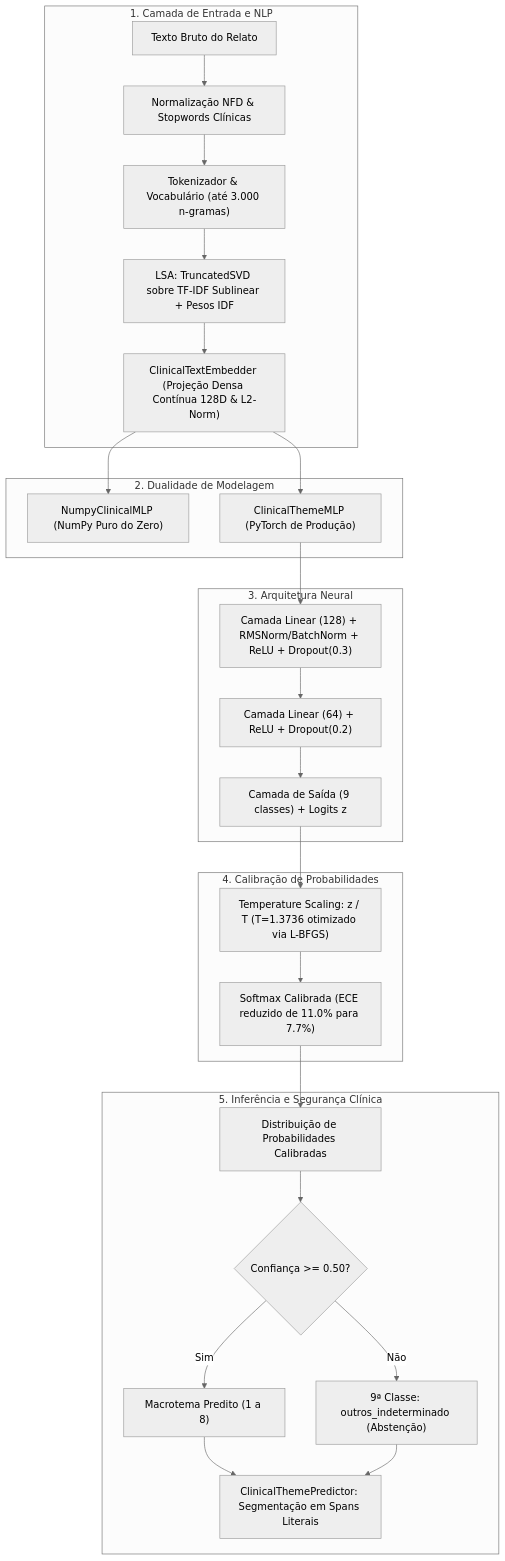
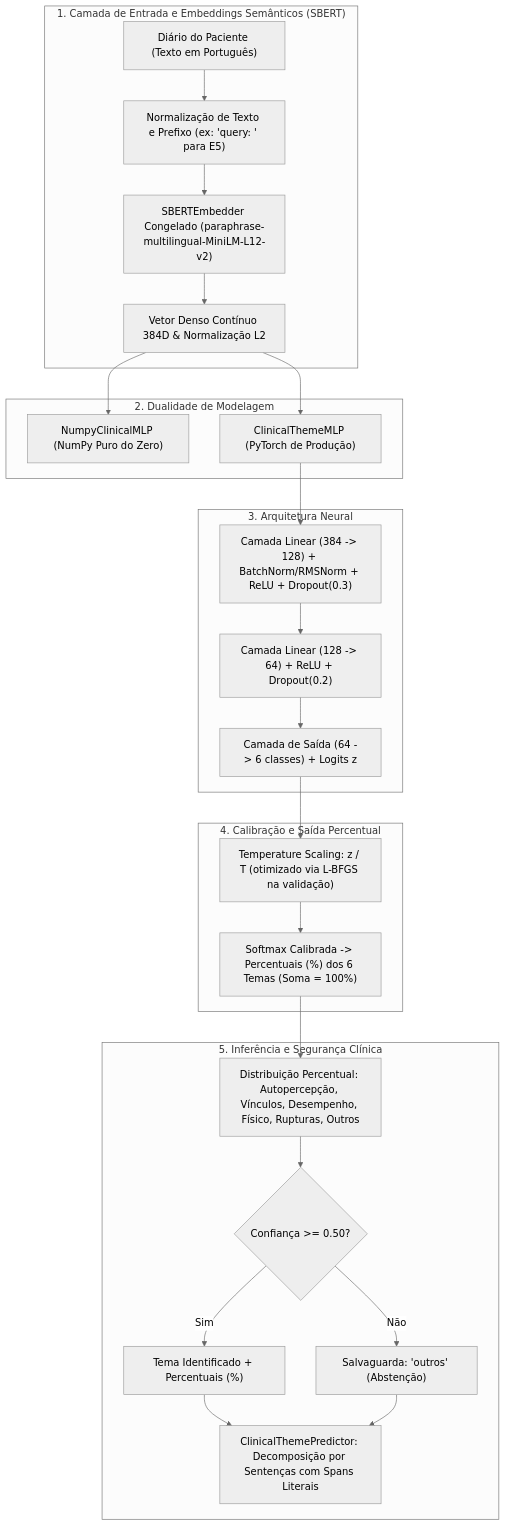
The diagram in docs/dossie-tecnico-rede-neural.md (007-Licensa-Para-Executar/challenge-2-base), drawn with Mermaid (neutral theme) before and after one commit. The commit also changed other lines of this file and 18 other files, not shown here.

Commit message:
Refactor neural network implementation to classify 6 clinical themes using SBERT embeddings; update documentation and roadmap accordingly.

````diff
--- a/docs/dossie-tecnico-rede-neural.md
+++ b/docs/dossie-tecnico-rede-neural.md
@@ -13,33 +15,32 @@
 ```mermaid
 flowchart TD
-    subgraph INP["1. Camada de Entrada e NLP"]
-        RAW["Texto Bruto do Relato"] --> PRE["Normalização NFD & Stopwords Clínicas"]
-        PRE --> TOK["Tokenizador & Vocabulário (até 3.000 n-gramas)"]
-        TOK --> LSA["LSA: TruncatedSVD sobre TF-IDF Sublinear + Pesos IDF"]
-        LSA --> EMB["ClinicalTextEmbedder (Projeção Densa Contínua 128D & L2-Norm)"]
+    subgraph INP["1. Camada de Entrada e Embeddings Semânticos (SBERT)"]
+        RAW["Diário do Paciente (Texto em Português)"] --> PRE["Normalização de Texto e Prefixo (ex: 'query: ' para E5)"]
+        PRE --> SBERT["SBERTEmbedder Congelado (paraphrase-multilingual-MiniLM-L12-v2)"]
+        SBERT --> EMB["Vetor Denso Contínuo 384D & Normalização L2"]
     end
 
     subgraph DUO["2. Dualidade de Modelagem"]
         EMB --> NUMPY["NumpyClinicalMLP (NumPy Puro do Zero)"]
         EMB --> TORCH["ClinicalThemeMLP (PyTorch de Produção)"]
     end
 
     subgraph CORE["3. Arquitetura Neural"]
-        TORCH --> L1["Camada Linear (128) + RMSNorm/BatchNorm + ReLU + Dropout(0.3)"]
-        L1 --> L2["Camada Linear (64) + ReLU + Dropout(0.2)"]
-        L2 --> L3["Camada de Saída (9 classes) + Logits z"]
+        TORCH --> L1["Camada Linear (384 -> 128) + BatchNorm/RMSNorm + ReLU + Dropout(0.3)"]
+        L1 --> L2["Camada Linear (128 -> 64) + ReLU + Dropout(0.2)"]
+        L2 --> L3["Camada de Saída (64 -> 6 classes) + Logits z"]
     end
 
-    subgraph CALIB["4. Calibração de Probabilidades"]
-        L3 --> TS["Temperature Scaling: z / T (T=1.3736 otimizado via L-BFGS)"]
-        TS --> SOFT["Softmax Calibrada (ECE reduzido de 11.0% para 7.7%)"]
+    subgraph CALIB["4. Calibração e Saída Percentual"]
+        L3 --> TS["Temperature Scaling: z / T (otimizado via L-BFGS na validação)"]
+        TS --> SOFT["Softmax Calibrada -> Percentuais (%) dos 6 Temas (Soma = 100%)"]
     end
 
     subgraph CLIN["5. Inferência e Segurança Clínica"]
-        SOFT --> PROB["Distribuição de Probabilidades Calibradas"]
+        SOFT --> PROB["Distribuição Percentual: Autopercepção, Vínculos, Desempenho, Físico, Rupturas, Outros"]
         PROB --> CHECK{"Confiança >= 0.50?"}
-        CHECK -->|Sim| DET["Macrotema Predito (1 a 8)"]
-        CHECK -->|Não| ABS["9ª Classe: outros_indeterminado (Abstenção)"]
-        DET & ABS --> SPAN["ClinicalThemePredictor: Segmentação em Spans Literais"]
+        CHECK -->|Sim| DET["Tema Identificado + Percentuais (%)"]
+        CHECK -->|Não| ABS["Salvaguarda: 'outros' (Abstenção)"]
+        DET & ABS --> SPAN["ClinicalThemePredictor: Decomposição por Sentenças com Spans Literais"]
     end
 ```
````
